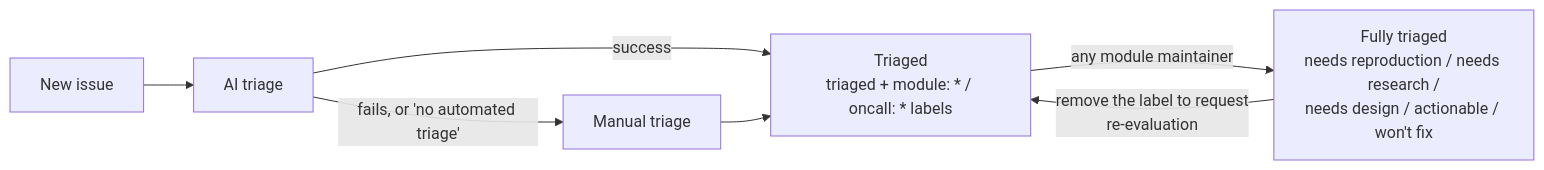
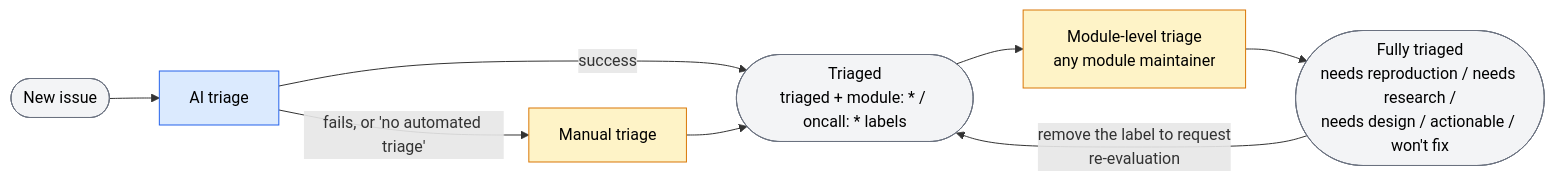
One commit to pytorch/pytorch changed the first of 2 diagrams in CONTRIBUTING.md. Above: the diagram before and after it, drawn with Mermaid. The commit also changed other lines of this file and 9 other files, not shown here.

````diff
--- a/CONTRIBUTING.md
+++ b/CONTRIBUTING.md
@@ -103,8 +103,15 @@
 ```mermaid
 flowchart LR
-    new[New issue] --> ai[AI triage]
-    ai -- success --> triaged["Triaged<br/>triaged + module: * / oncall: * labels"]
+    new([New issue]) --> ai[AI triage]
+    ai -- success --> triaged(["Triaged<br/>triaged + module: * / oncall: * labels"])
     ai -- "fails, or 'no automated triage'" --> manual[Manual triage] --> triaged
-    triaged -- any module maintainer --> full["Fully triaged<br/>needs reproduction / needs research /<br/>needs design / actionable / won't fix"]
+    triaged --> mtriage["Module-level triage<br/>any module maintainer"]
+    mtriage --> full(["Fully triaged<br/>needs reproduction / needs research /<br/>needs design / actionable / won't fix"])
     full -- "remove the label to request<br/>re-evaluation" --> triaged
+    classDef state fill:#f3f4f6,stroke:#6b7280,color:#000
+    classDef aiproc fill:#dbeafe,stroke:#2563eb,color:#000
+    classDef humanproc fill:#fef3c7,stroke:#d97706,color:#000
+    class new,triaged,full state
+    class ai aiproc
+    class manual,mtriage humanproc
 ```
````
